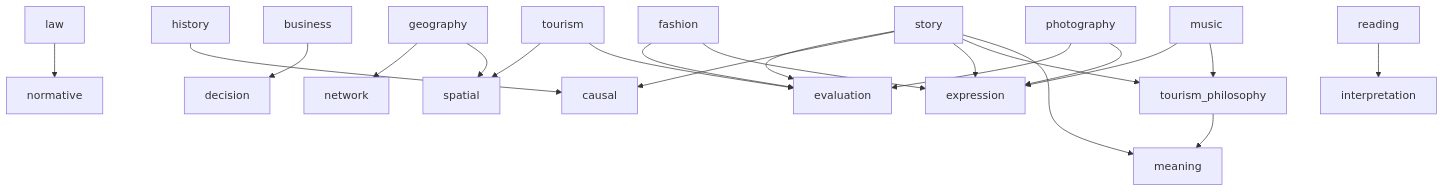
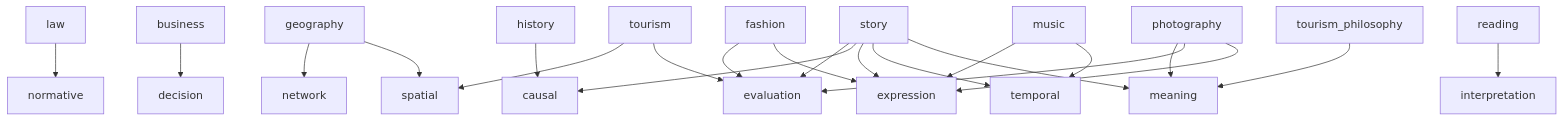
The second of 2 diagrams in 02_zettelkasten/21_domain/00 Domain Routing.md (aokicreativeoffice/AokiCreativeOfficeGTD), drawn with Mermaid before and after one commit.

Commit message:
vault backup: 2026-03-21 15:56:25

````diff
--- a/02_zettelkasten/21_domain/00 Domain Routing.md
+++ b/02_zettelkasten/21_domain/00 Domain Routing.md
@@ -20,48 +20,49 @@
 ```mermaid
 flowchart TD
 
 L[law]
 NM[normative]
 H[history]
 CS[causal]
 B[business]
 DS[decision]
 G[geography]
 SP[spatial]
 NW[network]
 T[tourism]
 EL[evaluation]
 P[photography]
 SP[spatial]
 S[story]
 MN[meaning]
-TP[temporal]
+TPL[temporal]
 EX[expression]
 R[reading]
 IP[interpretation]
 M[music]
 F[fashion]
 TP[tourism_philosophy]
 
 L --> NM
 H --> CS
 B --> DS
 G --> SP
 G --> NW
 T --> EL
 T --> SP
 S --> MN
-S --> TP
+S --> TPL
 S --> EX
 S --> CS
 S --> EL
 R --> IP
 P --> EX
 P --> EL
-M --> TP
+P --> MN
+M --> TPL
 M --> EX
 F --> EX
 F --> EL
 TP --> MN
 
 ```
````
